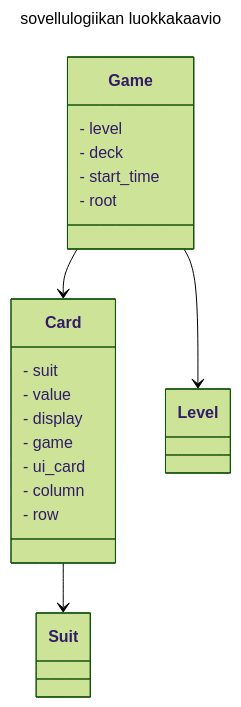
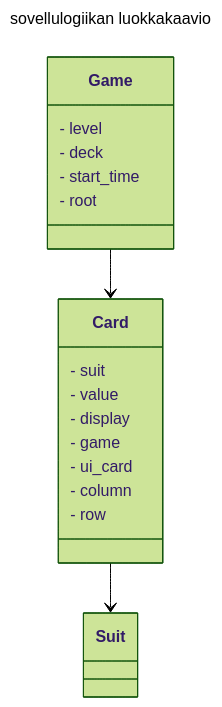
One commit to kxelina/ot-harjoitustyo changed the first of 3 diagrams in dokumentaatio/arkkitehtuuri.md. Above: the diagram before and after it, drawn with Mermaid (forest theme). The commit also changed other lines of this file, not shown here.

````diff
--- a/dokumentaatio/arkkitehtuuri.md
+++ b/dokumentaatio/arkkitehtuuri.md
@@ -20,26 +19,24 @@
 ```mermaid
 ---
 title: sovellulogiikan luokkakaavio
 ---
 classDiagram
 class Card{
     - suit
     - value
     - display
     - game
     - ui_card
     - column
     - row
 }
 class Suit
-class Level
 class Game{
     - level
     - deck
     - start_time
     - root
 }
 Card --> Suit
 Game --> Card
-Game --> Level
 ```
````
